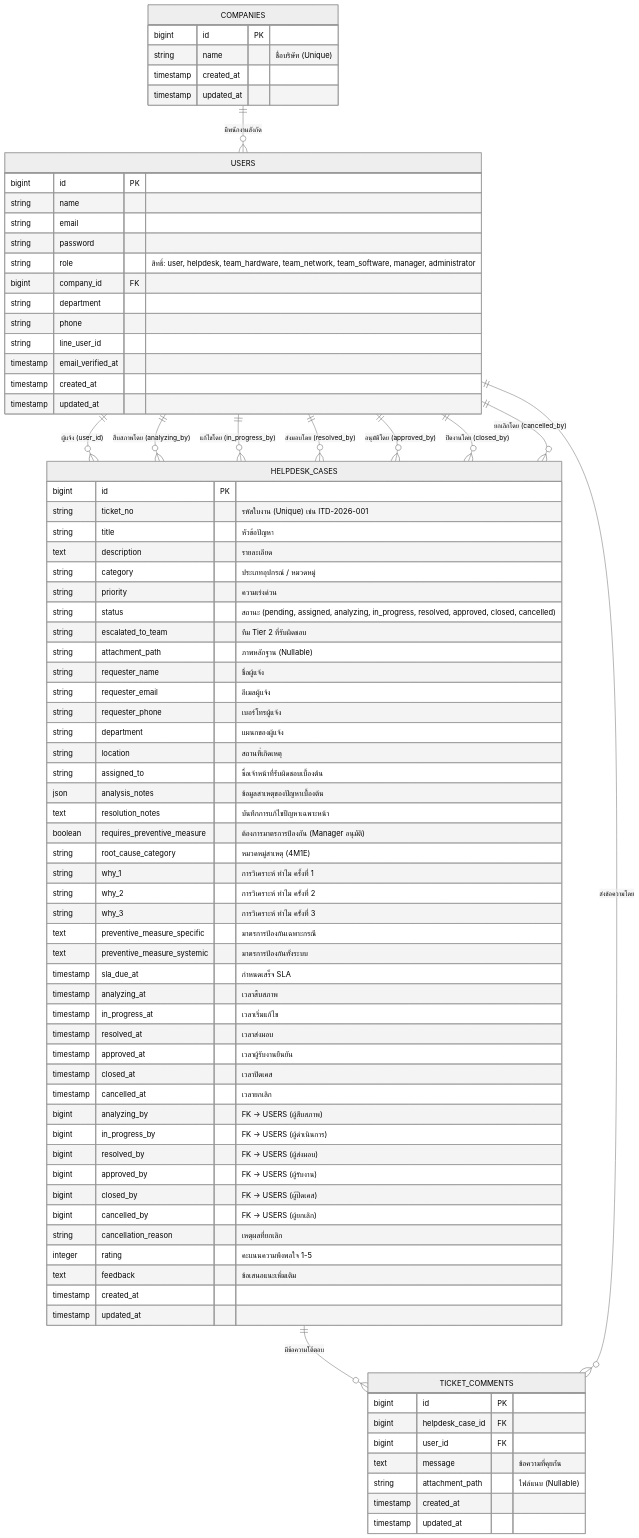
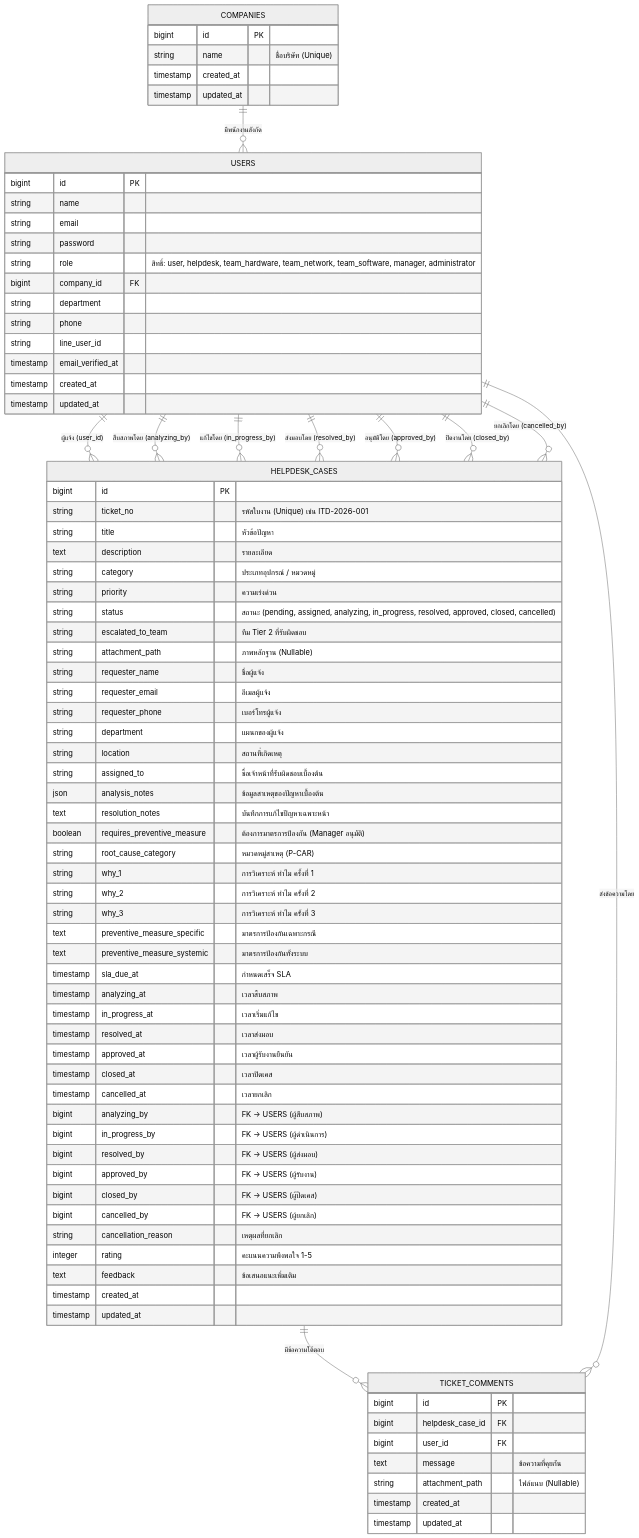
The diagram in docs/er_diagram.md (nutthanunsa-create/helpdesk_webapp), drawn with Mermaid (neutral theme) before and after one commit.

```diff
--- a/docs/er_diagram.md
+++ b/docs/er_diagram.md
@@ -45,7 +45,7 @@
         json analysis_notes "ข้อมูลสาเหตุของปัญหาเบื้องต้น"
         text resolution_notes "บันทึกการแก้ไขปัญหาเฉพาะหน้า"
         boolean requires_preventive_measure "ต้องการมาตรการป้องกัน (Manager อนุมัติ)"
-        string root_cause_category "หมวดหมู่สาเหตุ (4M1E)"
+        string root_cause_category "หมวดหมู่สาเหตุ (P-CAR)"
         string why_1 "การวิเคราะห์ ทำไม ครั้งที่ 1"
         string why_2 "การวิเคราะห์ ทำไม ครั้งที่ 2"
         string why_3 "การวิเคราะห์ ทำไม ครั้งที่ 3"
```
